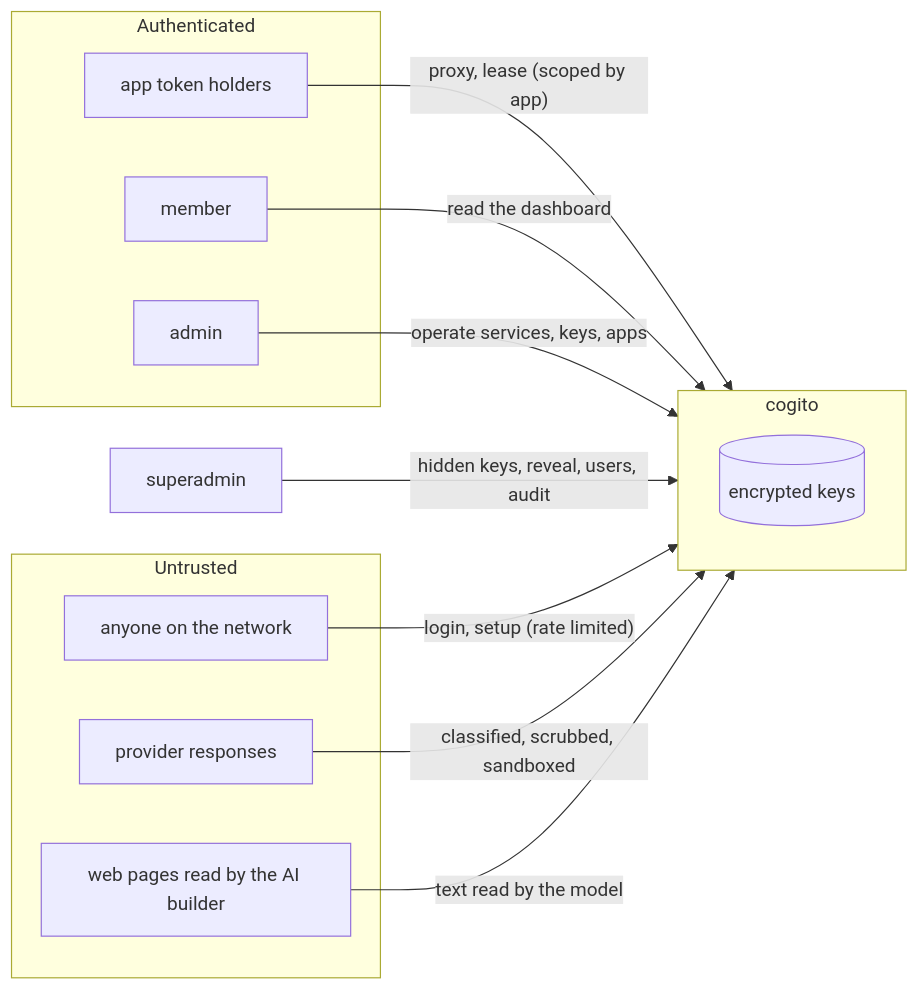
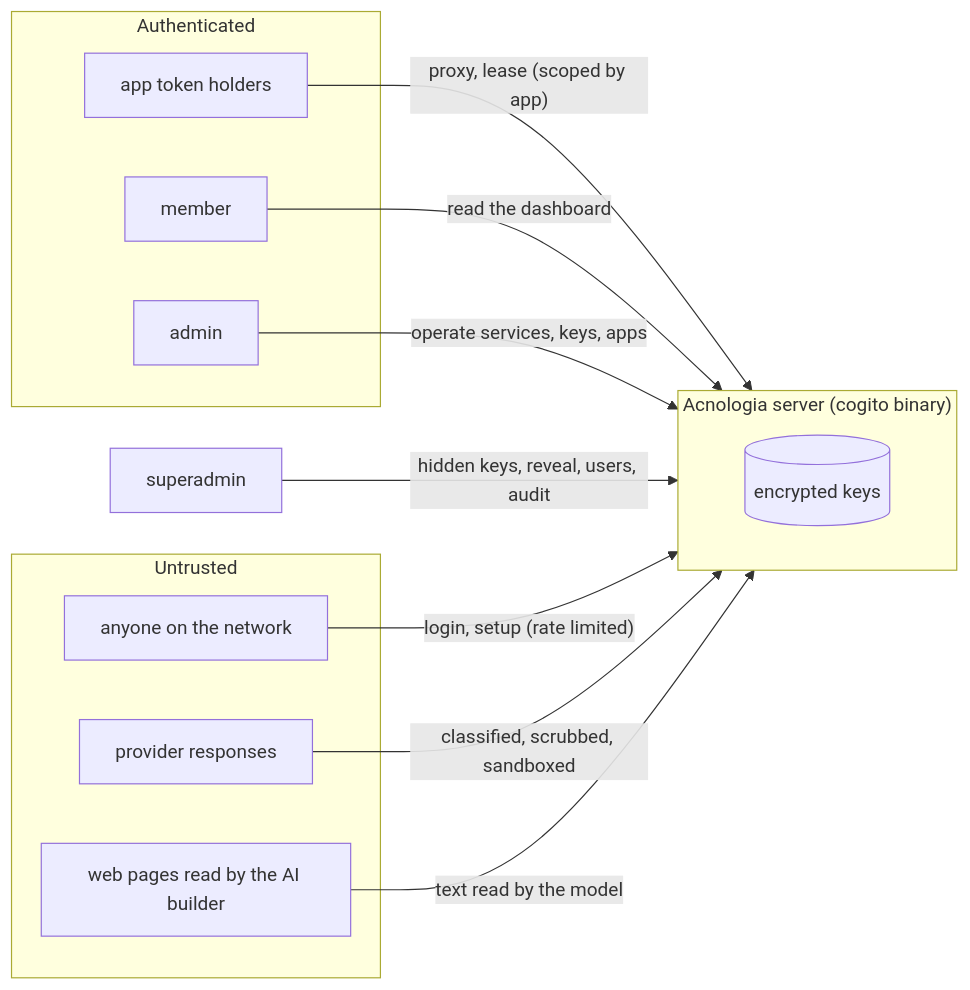
One commit to sidharthpunathil/acnologia changed the first of 3 diagrams in docs/security.md. Above: the diagram before and after it, drawn with Mermaid. The commit also changed 2 other files, not shown here.

Commit message:
Finish the Acnologia rebrand in the dashboard
The nav and sign-in pages show the dragon mark with the Acnologia name,
the old red wordmark, its mask styles and logo.png are gone, the accent
palette moves to the artwork's violet with a cyan spark, and the
remaining copy, titles and metadata say Acnologia. Diagrams label the
server as Acnologia (cogito binary).

````diff
--- a/docs/security.md
+++ b/docs/security.md
@@ -8,25 +8,25 @@
 ```mermaid
 flowchart LR
     subgraph Untrusted
         Net["anyone on the network"]
         Up["provider responses"]
         Web["web pages read by the AI builder"]
     end
     subgraph Authenticated
         AppT["app token holders"]
         Mem["member"]
         Adm["admin"]
     end
     Sup["superadmin"]
-    subgraph Server["cogito"]
+    subgraph Server["Acnologia server (cogito binary)"]
         Keys[("encrypted keys")]
     end
 
     Net -->|"login, setup (rate limited)"| Server
     AppT -->|"proxy, lease (scoped by app)"| Server
     Mem -->|"read the dashboard"| Server
     Adm -->|"operate services, keys, apps"| Server
     Sup -->|"hidden keys, reveal, users, audit"| Server
     Up -->|"classified, scrubbed, sandboxed"| Server
     Web -->|"text read by the model"| Server
 ```
````
